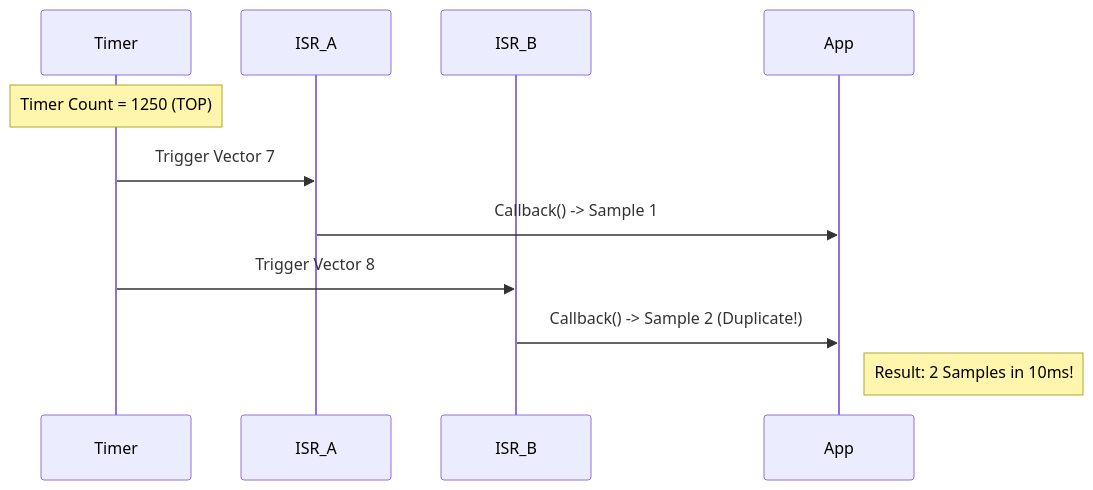
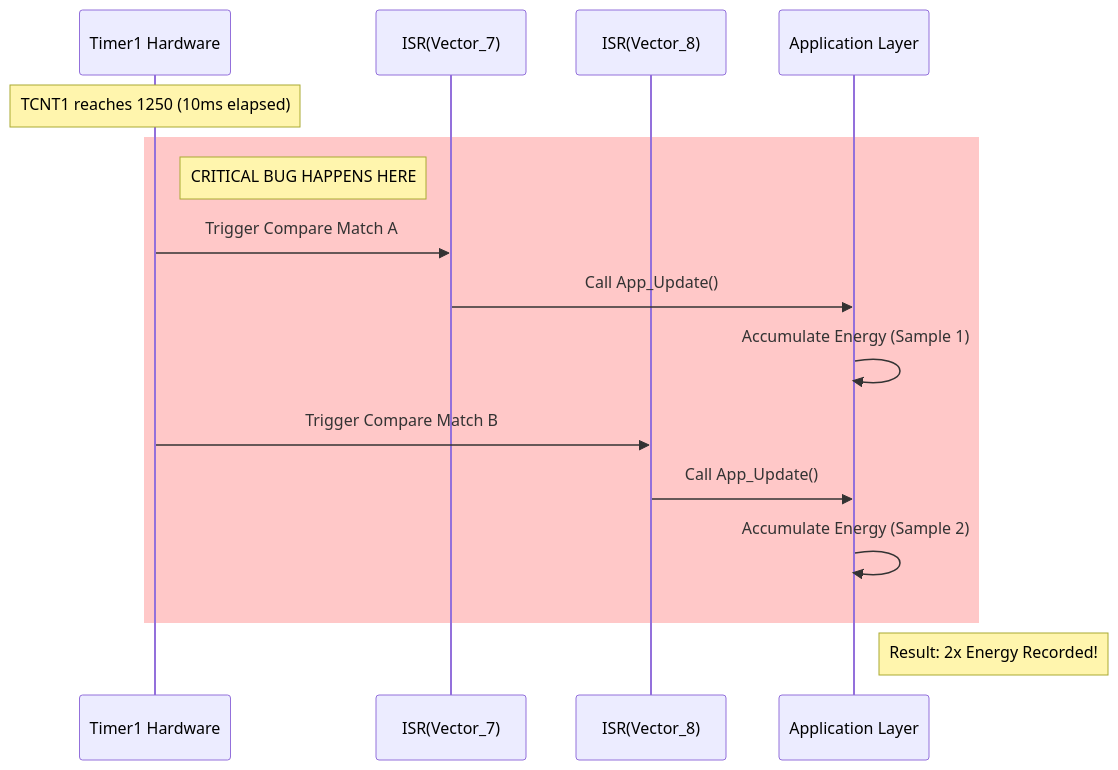
The diagram in Doc/Embedded/New/06_ImplementationDoc/Bugs/FixTasks/Task01_Fix_Timer1_Duplicate_ISR.md (Gestell-Solution/Smart_Energy_Management_System), drawn with Mermaid before and after one commit. The commit also changed other lines of this file and 9 other files, not shown here.

Commit message:
Docs: Enhance FixTasks with detailed metadata, visual diagrams, and implementation plans

````diff
--- a/Doc/Embedded/New/06_ImplementationDoc/Bugs/FixTasks/Task01_Fix_Timer1_Duplicate_ISR.md
+++ b/Doc/Embedded/New/06_ImplementationDoc/Bugs/FixTasks/Task01_Fix_Timer1_Duplicate_ISR.md
@@ -59,17 +87,22 @@
 ```mermaid
 sequenceDiagram
-    participant Timer
-    participant ISR_A
-    participant ISR_B
-    participant App
+    participant Hardware as Timer1 Hardware
+    participant ISR_7 as ISR(Vector_7)
+    participant ISR_8 as ISR(Vector_8)
+    participant App as Application Layer
 
-    Note over Timer: Timer Count = 1250 (TOP)
+    Note over Hardware: TCNT1 reaches 1250 (10ms elapsed)
 
-    Timer->>ISR_A: Trigger Vector 7
-    ISR_A->>App: Callback() -> Sample 1
+    rect rgb(255, 200, 200)
+        Note right of Hardware: CRITICAL BUG HAPPENS HERE
+        Hardware->>ISR_7: Trigger Compare Match A
+        ISR_7->>App: Call App_Update()
+        App->>App: Accumulate Energy (Sample 1)
 
-    Timer->>ISR_B: Trigger Vector 8
-    ISR_B->>App: Callback() -> Sample 2 (Duplicate!)
+        Hardware->>ISR_8: Trigger Compare Match B
+        ISR_8->>App: Call App_Update()
+        App->>App: Accumulate Energy (Sample 2)
+    end
 
-    Note right of App: Result: 2 Samples in 10ms!
+    Note right of App: Result: 2x Energy Recorded!
 ```
````
